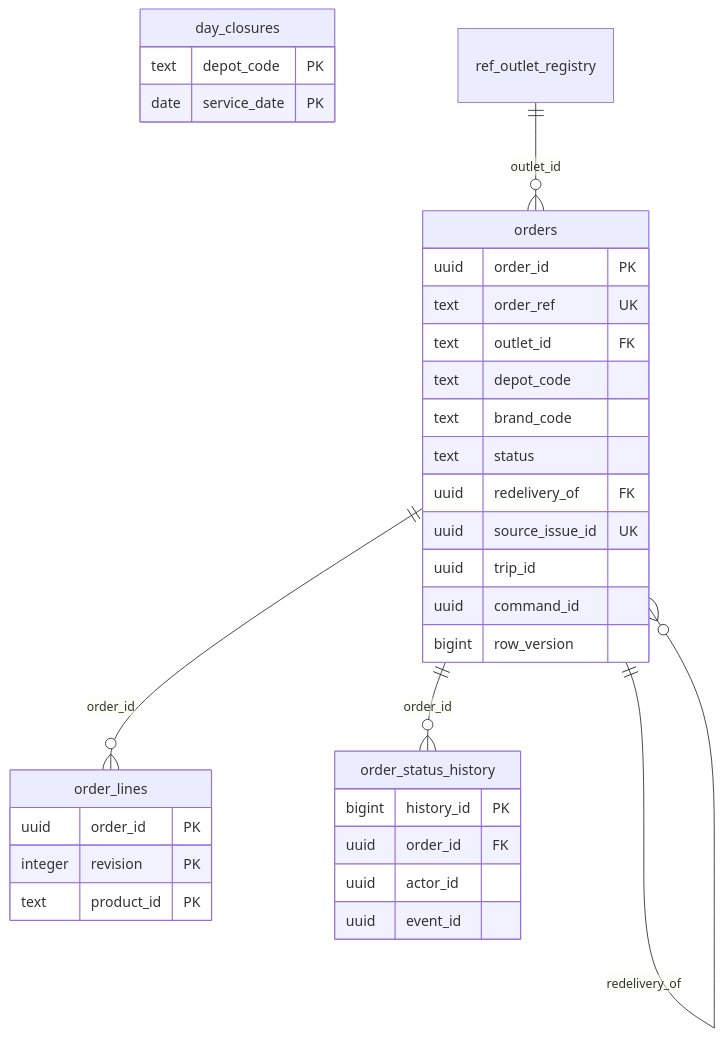
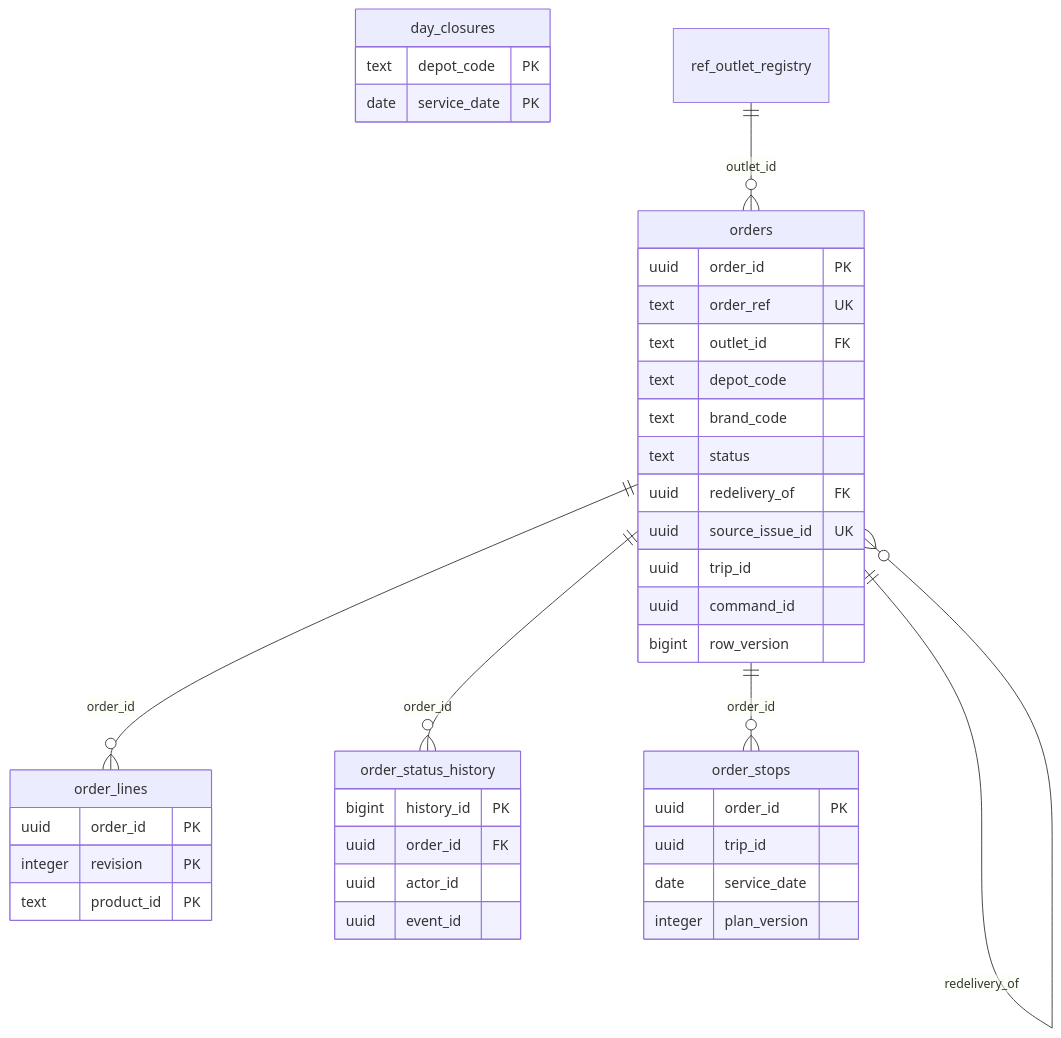
The fourth of 16 diagrams in docs/data-model.md (Dinusha-Ekanayake/Xception-WaypointGo), drawn with Mermaid before and after one commit. The commit also changed other lines of this file and 12 other files, not shown here.

First line of the commit message:
docs: architecture diagrams and a current data model

````diff
--- a/docs/data-model.md
+++ b/docs/data-model.md
@@ -285,35 +320,42 @@
 ```mermaid
 erDiagram
   day_closures {
     text depot_code PK
     date service_date PK
   }
   order_lines {
     uuid order_id PK
     integer revision PK
     text product_id PK
   }
   order_status_history {
     bigint history_id PK
     uuid order_id FK
     uuid actor_id
     uuid event_id
+  }
+  order_stops {
+    uuid order_id PK
+    uuid trip_id
+    date service_date
+    integer plan_version
   }
   orders {
     uuid order_id PK
     text order_ref UK
     text outlet_id FK
     text depot_code
     text brand_code
     text status
     uuid redelivery_of FK
     uuid source_issue_id UK
     uuid trip_id
     uuid command_id
     bigint row_version
   }
   ref_outlet_registry ||--o{ orders : "outlet_id"
   orders ||--o{ orders : "redelivery_of"
   orders ||--o{ order_lines : "order_id"
   orders ||--o{ order_status_history : "order_id"
+  orders ||--o{ order_stops : "order_id"
 ```
````
